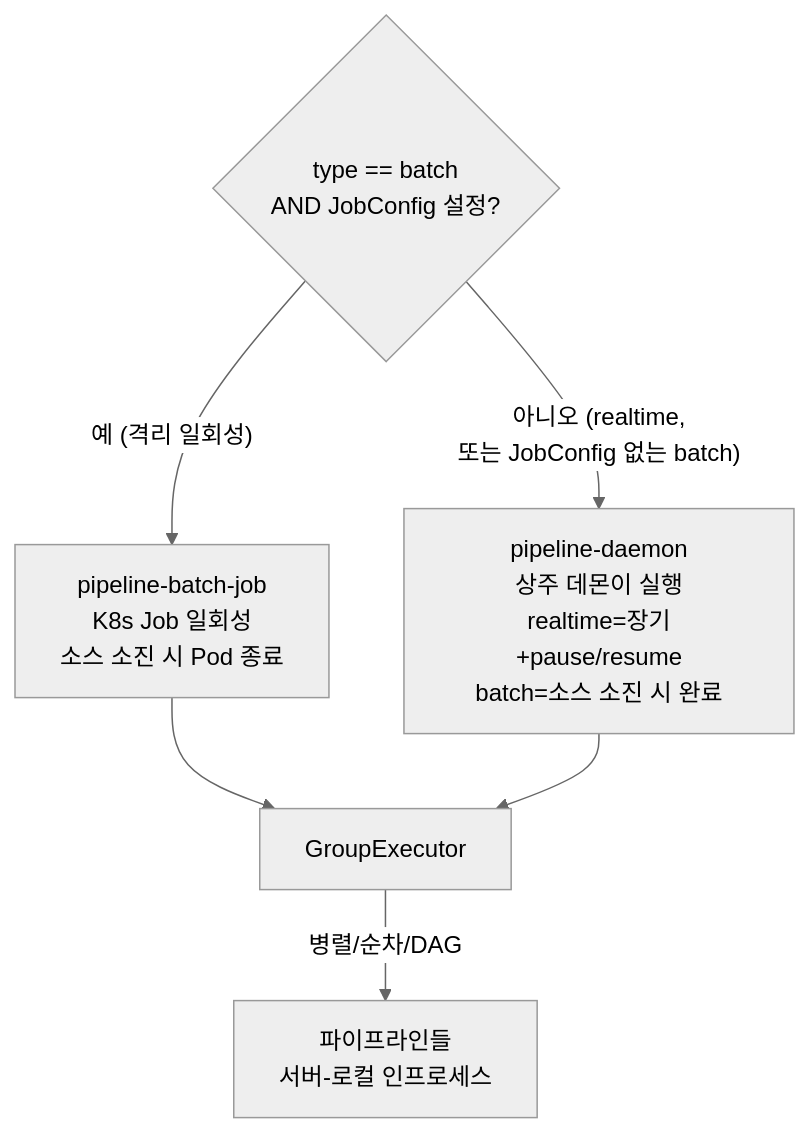
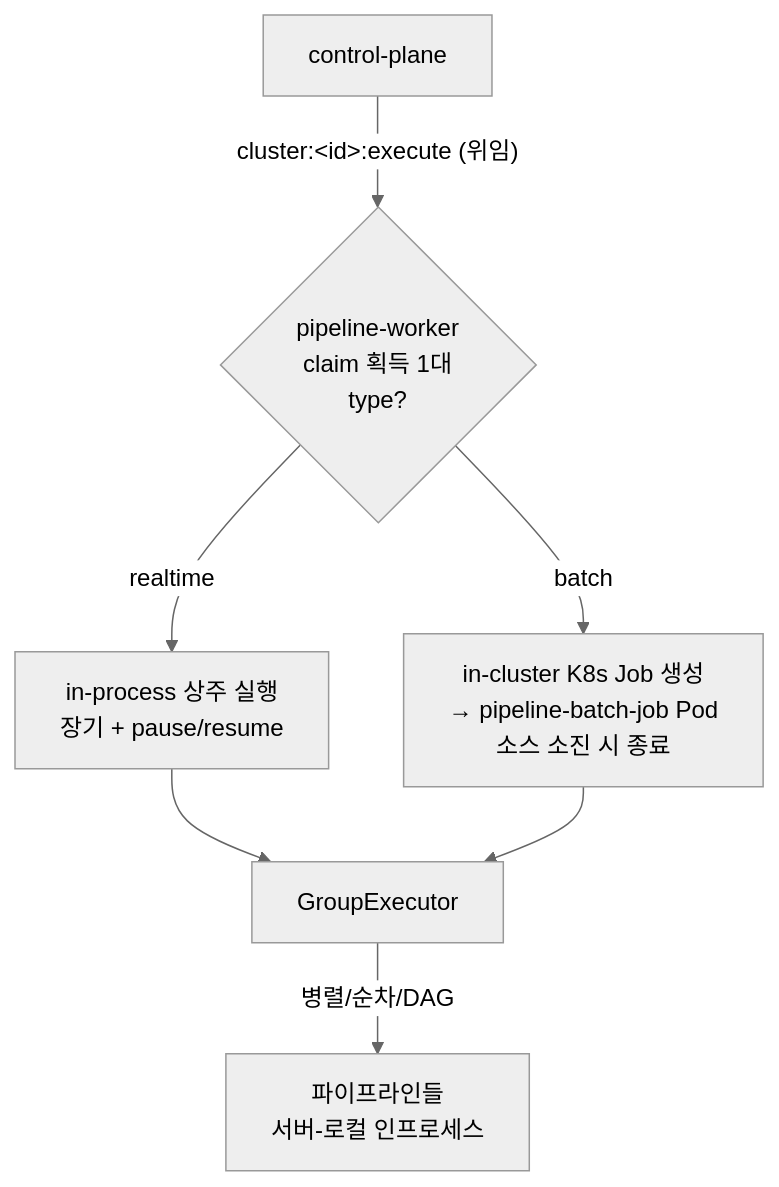
Before and after one commit to conduix/conduix: the fourth of 4 diagrams in docs/ARCHITECTURE.md, drawn with Mermaid (neutral theme). The commit also changed other lines of this file and 43 other files, not shown here.

First line of the commit message:
feat(exec): delegate K8s Job creation to cluster workers; rename daemon→worker

````diff
--- a/docs/ARCHITECTURE.md
+++ b/docs/ARCHITECTURE.md
@@ -147,9 +151,9 @@
 ```mermaid
 flowchart TD
-    W{type == batch<br/>AND JobConfig 설정?}
-    W -->|"예 (격리 일회성)"| KJ["pipeline-batch-job<br/>K8s Job 일회성<br/>소스 소진 시 Pod 종료"]
-    W -->|"아니오 (realtime,<br/>또는 JobConfig 없는 batch)"| AG["pipeline-daemon<br/>상주 데몬이 실행<br/>realtime=장기+pause/resume<br/>batch=소스 소진 시 완료"]
-    KJ --> GE[GroupExecutor]
-    AG --> GE
+    CP[control-plane] -->|"cluster:&lt;id&gt;:execute (위임)"| W{pipeline-worker<br/>claim 획득 1대<br/>type?}
+    W -->|realtime| AG["in-process 상주 실행<br/>장기 + pause/resume"]
+    W -->|batch| KJ["in-cluster K8s Job 생성<br/>→ pipeline-batch-job Pod<br/>소스 소진 시 종료"]
+    AG --> GE[GroupExecutor]
+    KJ --> GE
     GE -->|병렬/순차/DAG| PIPE[파이프라인들<br/>서버-로컬 인프로세스]
 ```
````
